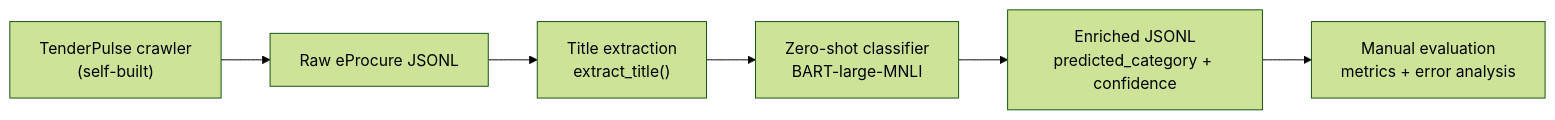
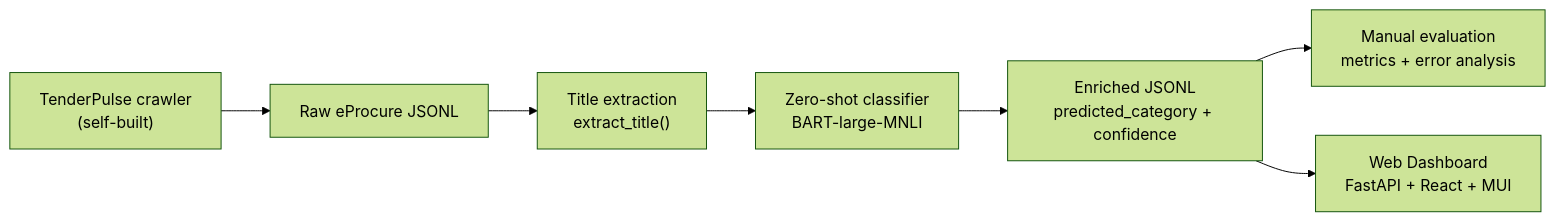
The diagram in README.md (Sehaan-1/tenderpulse-ml), drawn with Mermaid (forest theme) before and after one commit. The commit also changed other lines of this file, not shown here.

First line of the commit message:
Document the new dashboard in the README

````diff
--- a/README.md
+++ b/README.md
@@ -110,8 +125,9 @@
 ```mermaid
-flowchart LR
-    A["TenderPulse crawler<br/>(self-built)"] --> B["Raw eProcure JSONL"]
-    B --> C["Title extraction<br/>extract_title()"]
-    C --> D["Zero-shot classifier<br/>BART-large-MNLI"]
-    D --> E["Enriched JSONL<br/>predicted_category + confidence"]
-    E --> F["Manual evaluation<br/>metrics + error analysis"]
-```
+ flowchart LR
+     A["TenderPulse crawler<br/>(self-built)"] --> B["Raw eProcure JSONL"]
+     B --> C["Title extraction<br/>extract_title()"]
+     C --> D["Zero-shot classifier<br/>BART-large-MNLI"]
+     D --> E["Enriched JSONL<br/>predicted_category + confidence"]
+     E --> F["Manual evaluation<br/>metrics + error analysis"]
+     E --> G["Web Dashboard<br/>FastAPI + React + MUI"]
+ ```
````
